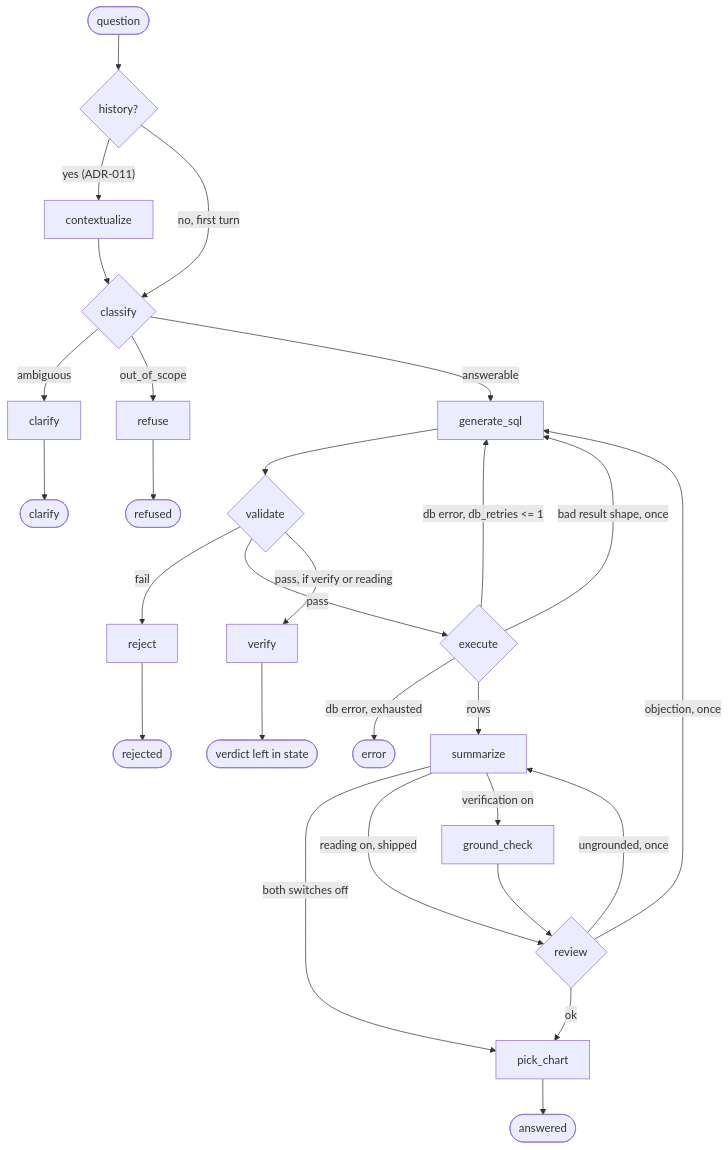
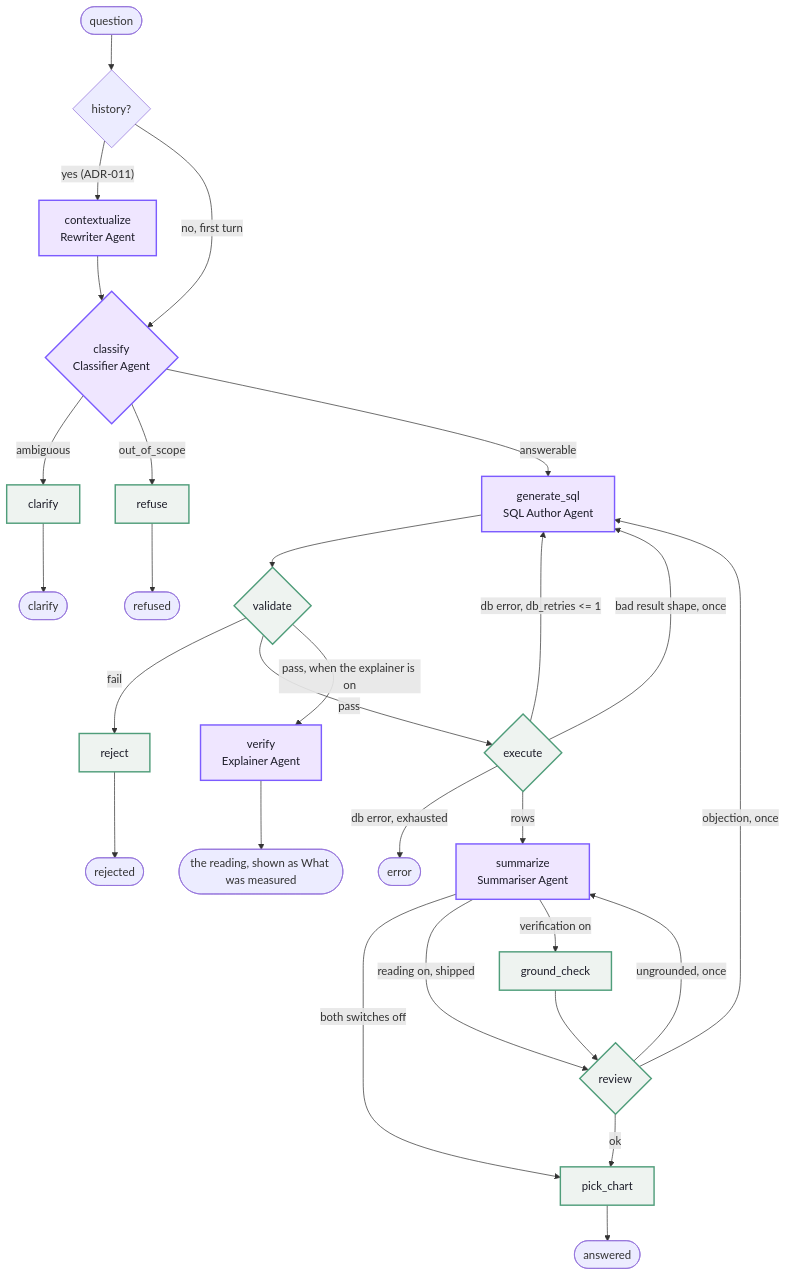
Before and after one commit to insafim/conversational-data-analyst: the third of 4 diagrams in docs/ARCHITECTURE.md, drawn with Mermaid. The commit also changed other lines of this file and 18 other files, not shown here.

````diff
--- a/docs/ARCHITECTURE.md
+++ b/docs/ARCHITECTURE.md
@@ -263,30 +383,35 @@
 ```mermaid
 flowchart TD
     START([question]) --> CX{history?}
-    CX -- "yes (ADR-011)" --> CTX[contextualize]
+    CX -- "yes (ADR-011)" --> CTX["contextualize<br/>Rewriter Agent"]
     CX -- "no, first turn" --> C
-    CTX --> C{classify}
+    CTX --> C{"classify<br/>Classifier Agent"}
     C -- ambiguous --> CL[clarify]
     C -- out_of_scope --> RF[refuse]
-    C -- answerable --> G[generate_sql]
+    C -- answerable --> G["generate_sql<br/>SQL Author Agent"]
     G --> V{validate}
     V -- fail --> RJ[reject]
     V -- pass --> E{execute}
-    V -- "pass, if verify or reading" --> VF[verify]
-    VF --> DV([verdict left in state])
+    V -- "pass, when the explainer is on" --> VF["verify<br/>Explainer Agent"]
+    VF --> DV(["the reading, shown as What was measured"])
     E -- "db error, db_retries <= 1" --> G
     E -- "bad result shape, once" --> G
     E -- "db error, exhausted" --> ERR([error])
-    E -- rows --> S[summarize]
+    E -- rows --> S["summarize<br/>Summariser Agent"]
     S -- "both switches off" --> P[pick_chart]
     S -- "reading on, shipped" --> RV{review}
     S -- "verification on" --> GC[ground_check]
     GC --> RV
     RV -- "objection, once" --> G
     RV -- "ungrounded, once" --> S
     RV -- ok --> P
     P --> D1([answered])
     CL --> D2([clarify])
     RF --> D3([refused])
     RJ --> D4([rejected])
+
+    classDef agent fill:#efe6ff,stroke:#7c5cff,stroke-width:2px,color:#1c1c28;
+    classDef code fill:#eef3f0,stroke:#4f9d7a,stroke-width:2px,color:#1c1c28;
+    class CTX,C,G,VF,S agent;
+    class CL,RF,V,RJ,E,GC,RV,P code;
 ```
````
